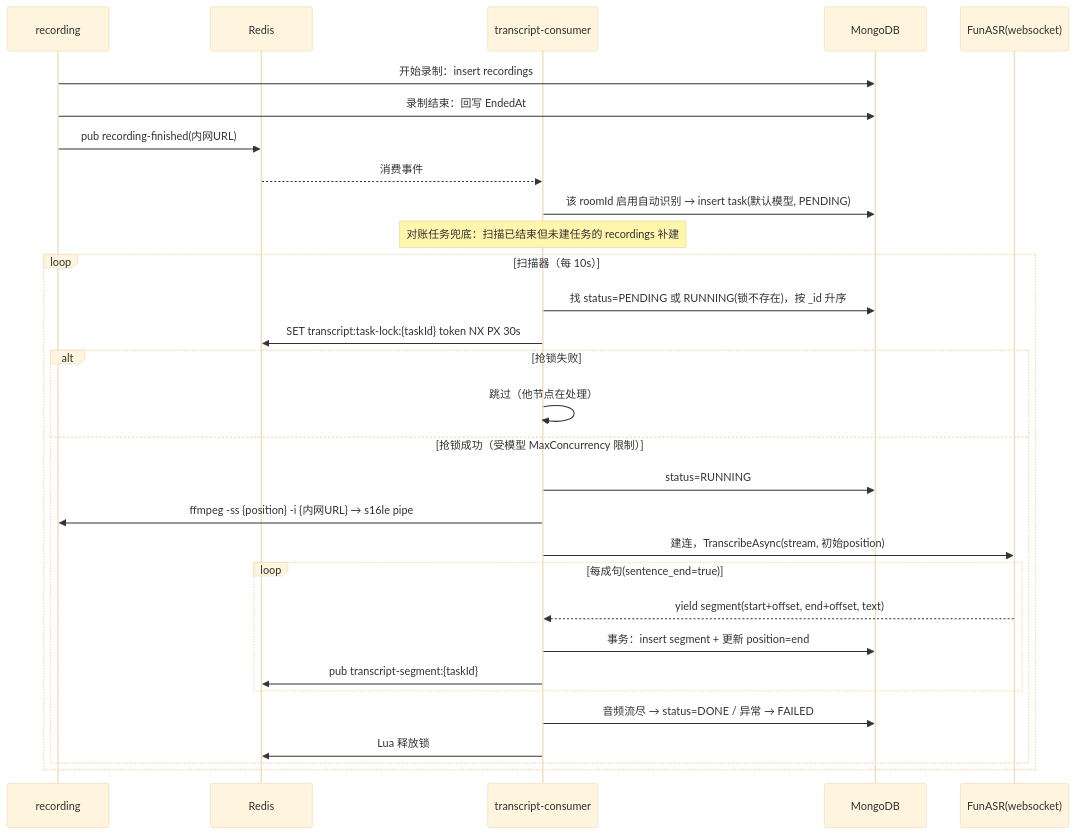
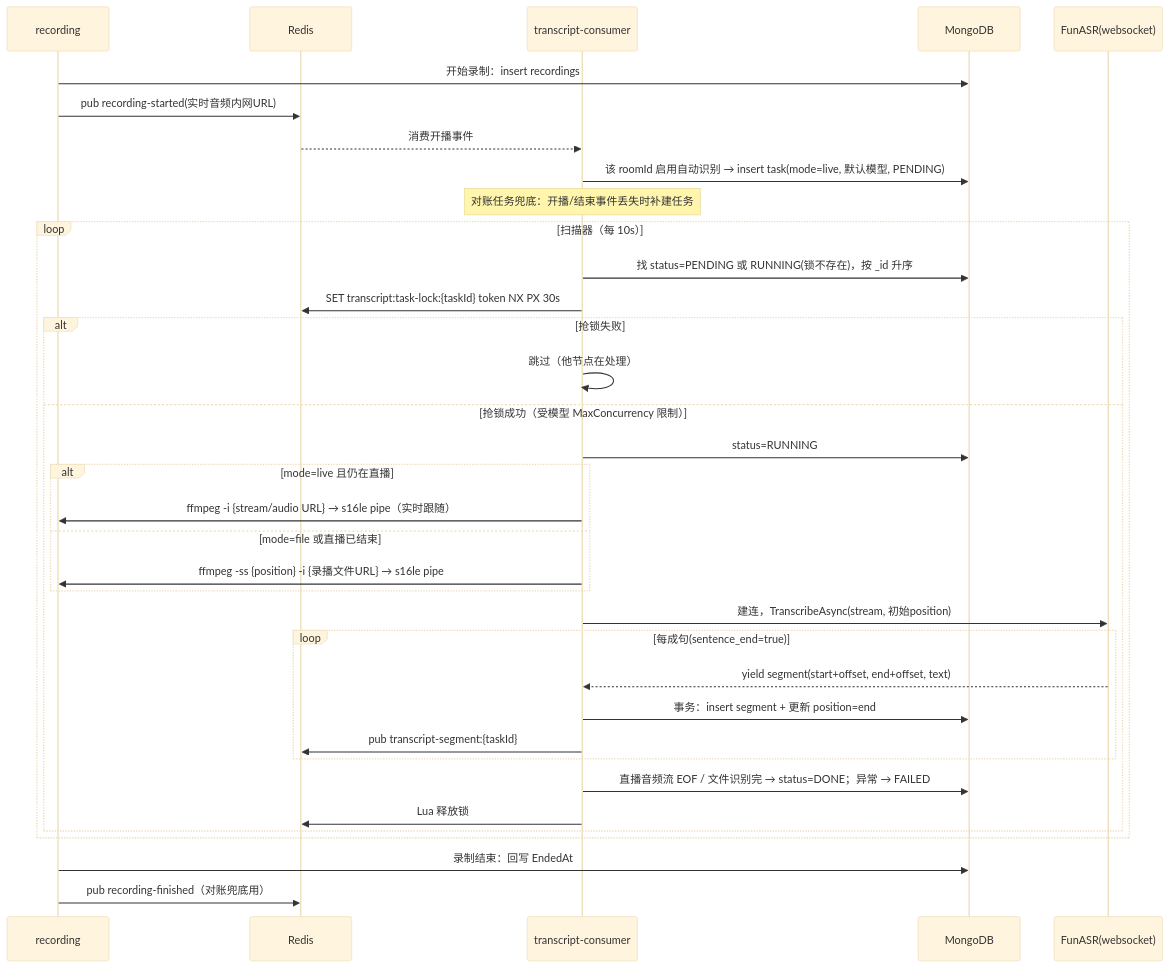
Before and after one commit to Deliay/z-vtuber: the second of 2 diagrams in docs/engineering/proposals/20260916-proposal-recording-transcript.md, drawn with Mermaid (base theme). The commit also changed other lines of this file and 1 other file, not shown here.

Commit message:
docs: 追加 recording-started 事件，支持开播即实时转写

````diff
--- a/docs/engineering/proposals/20260916-proposal-recording-transcript.md
+++ b/docs/engineering/proposals/20260916-proposal-recording-transcript.md
@@ -282,33 +304,38 @@
 ```mermaid
 sequenceDiagram
     participant REC as recording
     participant R as Redis
     participant C as transcript-consumer
     participant M as MongoDB
     participant A as FunASR(websocket)
 
     REC->>M: 开始录制：insert recordings
-    REC->>M: 录制结束：回写 EndedAt
-    REC->>R: pub recording-finished(内网URL)
-    R-->>C: 消费事件
-    C->>M: 该 roomId 启用自动识别 → insert task(默认模型, PENDING)
-    Note over C: 对账任务兜底：扫描已结束但未建任务的 recordings 补建
+    REC->>R: pub recording-started(实时音频内网URL)
+    R-->>C: 消费开播事件
+    C->>M: 该 roomId 启用自动识别 → insert task(mode=live, 默认模型, PENDING)
+    Note over C: 对账任务兜底：开播/结束事件丢失时补建任务
     loop 扫描器（每 10s）
         C->>M: 找 status=PENDING 或 RUNNING(锁不存在)，按 _id 升序
         C->>R: SET transcript:task-lock:{taskId} token NX PX 30s
         alt 抢锁失败
             C->>C: 跳过（他节点在处理）
         else 抢锁成功（受模型 MaxConcurrency 限制）
             C->>M: status=RUNNING
-            C->>REC: ffmpeg -ss {position} -i {内网URL} → s16le pipe
+            alt mode=live 且仍在直播
+                C->>REC: ffmpeg -i {stream/audio URL} → s16le pipe（实时跟随）
+            else mode=file 或直播已结束
+                C->>REC: ffmpeg -ss {position} -i {录播文件URL} → s16le pipe
+            end
             C->>A: 建连，TranscribeAsync(stream, 初始position)
             loop 每成句(sentence_end=true)
                 A-->>C: yield segment(start+offset, end+offset, text)
                 C->>M: 事务：insert segment + 更新 position=end
                 C->>R: pub transcript-segment:{taskId}
             end
-            C->>M: 音频流尽 → status=DONE / 异常 → FAILED
+            C->>M: 直播音频流 EOF / 文件识别完 → status=DONE；异常 → FAILED
             C->>R: Lua 释放锁
         end
     end
+    REC->>M: 录制结束：回写 EndedAt
+    REC->>R: pub recording-finished（对账兜底用）
 ```
````
